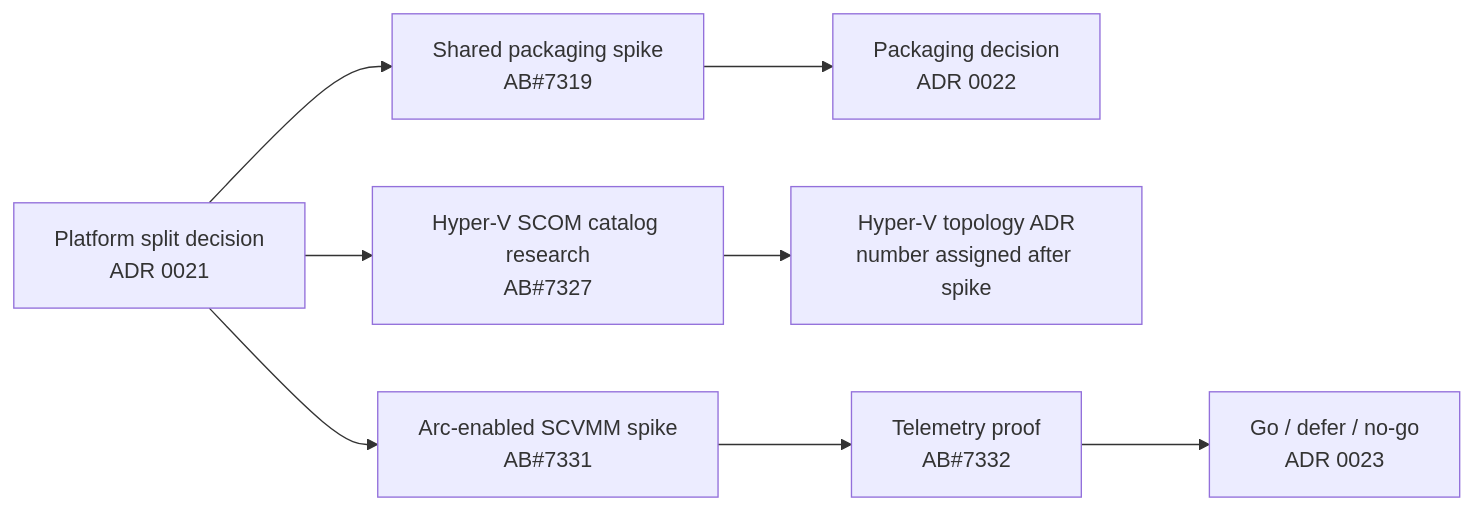
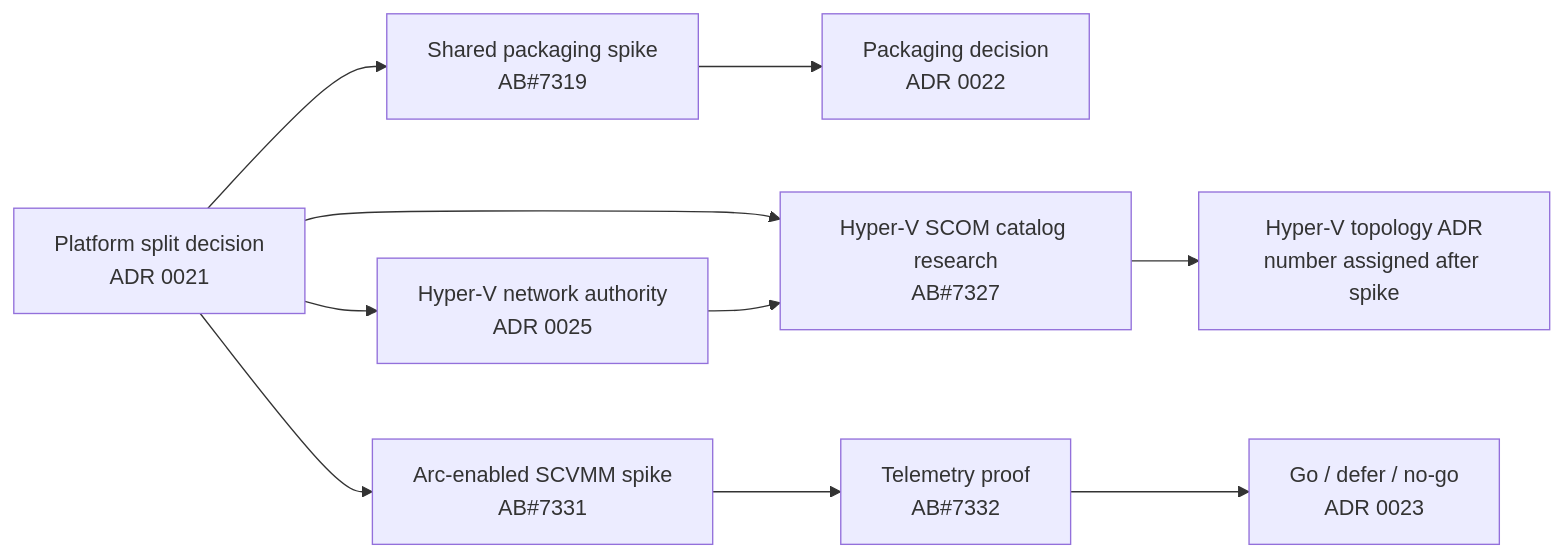
One commit to AzureLocal/azurelocal-scom-mp changed the diagram in docs/design/research-spikes.md. Above: the diagram before and after it, drawn with Mermaid. The commit also changed other lines of this file and 30 other files, not shown here.

````diff
--- a/docs/design/research-spikes.md
+++ b/docs/design/research-spikes.md
@@ -19,10 +19,12 @@
 ```mermaid
 flowchart LR
     P[Platform split decision<br/>ADR 0021] --> S1[Shared packaging spike<br/>AB#7319]
     S1 --> Pkg[Packaging decision<br/>ADR 0022]
     P --> S2[Hyper-V SCOM catalog research<br/>AB#7327]
+    P --> Net[Hyper-V network authority<br/>ADR 0025]
+    Net --> S2
     S2 --> HV[Hyper-V topology ADR<br/>number assigned after spike]
     P --> S3[Arc-enabled SCVMM spike<br/>AB#7331]
     S3 --> S4[Telemetry proof<br/>AB#7332]
     S4 --> Arc[Go / defer / no-go<br/>ADR 0023]
 ```
````
